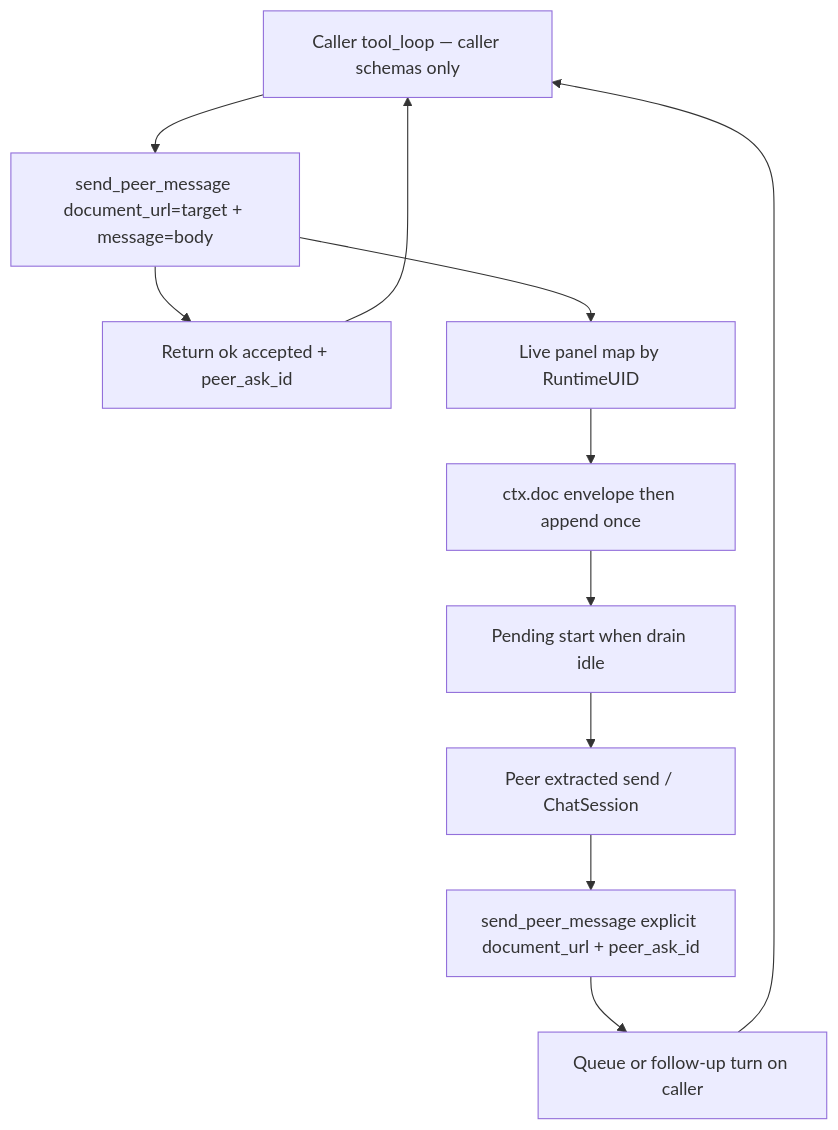
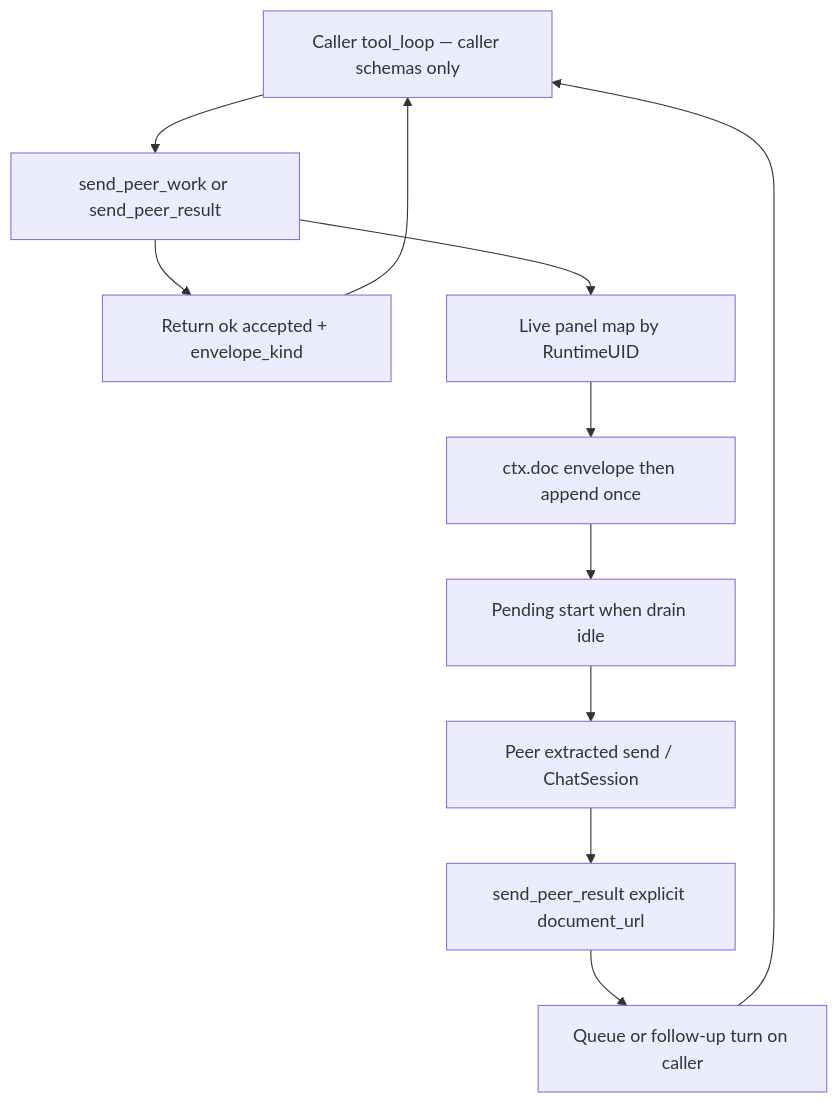
Before and after one commit to Augusto-Zolet/writeragent: the second of 2 diagrams in docs/chat/peer-messaging.md, drawn with Mermaid. The commit also changed other lines of this file and 41 other files, not shown here.

First line of the commit message:
fix(peer): require outer re-delegate after work peer envelopes (#814)

````diff
--- a/docs/chat/peer-messaging.md
+++ b/docs/chat/peer-messaging.md
@@ -321,15 +321,15 @@
 ```mermaid
 flowchart TD
   Caller["Caller tool_loop — caller schemas only"]
-  Send["send_peer_message document_url=target + message=body"]
-  Accept["Return ok accepted + peer_ask_id"]
+  Send["send_peer_work or send_peer_result"]
+  Accept["Return ok accepted + envelope_kind"]
   Map["Live panel map by RuntimeUID"]
   Inject["ctx.doc envelope then append once"]
   Sched["Pending start when drain idle"]
   PeerSend["Peer extracted send / ChatSession"]
-  Reply["send_peer_message explicit document_url + peer_ask_id"]
+  Reply["send_peer_result explicit document_url"]
   Back["Queue or follow-up turn on caller"]
 
   Caller --> Send --> Accept --> Caller
   Send --> Map --> Inject --> Sched --> PeerSend --> Reply --> Back --> Caller
 ```
````
